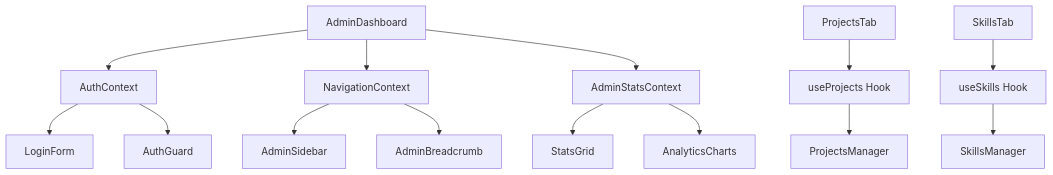
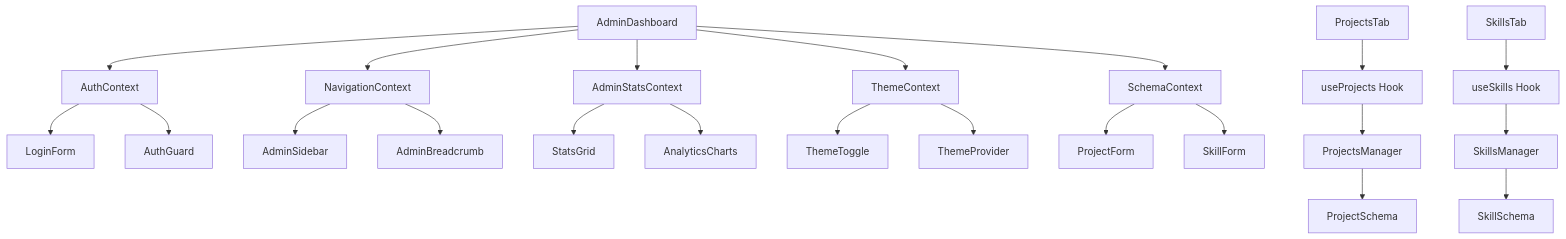
Before and after one commit to mounirtms/mounir-showcase-craft: the diagram in .kiro/specs/admin-dashboard-optimization/design.md, drawn with Mermaid. The commit also changed other lines of this file and 173 other files, not shown here.

````diff
--- a/.kiro/specs/admin-dashboard-optimization/design.md
+++ b/.kiro/specs/admin-dashboard-optimization/design.md
@@ -52,21 +70,32 @@
 ```mermaid
 graph TB
     A[AdminDashboard] --> B[AuthContext]
     A --> C[NavigationContext]
     A --> D[AdminStatsContext]
+    A --> E[ThemeContext]
+    A --> F[SchemaContext]
     
-    B --> E[LoginForm]
-    B --> F[AuthGuard]
+    B --> G[LoginForm]
+    B --> H[AuthGuard]
     
-    C --> G[AdminSidebar]
-    C --> H[AdminBreadcrumb]
+    C --> I[AdminSidebar]
+    C --> J[AdminBreadcrumb]
     
-    D --> I[StatsGrid]
-    D --> J[AnalyticsCharts]
+    D --> K[StatsGrid]
+    D --> L[AnalyticsCharts]
     
-    K[ProjectsTab] --> L[useProjects Hook]
-    M[SkillsTab] --> N[useSkills Hook]
+    E --> M[ThemeToggle]
+    E --> N[ThemeProvider]
     
-    L --> O[ProjectsManager]
-    N --> P[SkillsManager]
+    F --> O[ProjectForm]
+    F --> P[SkillForm]
+    
+    Q[ProjectsTab] --> R[useProjects Hook]
+    S[SkillsTab] --> T[useSkills Hook]
+    
+    R --> U[ProjectsManager]
+    T --> V[SkillsManager]
+    
+    U --> W[ProjectSchema]
+    V --> X[SkillSchema]
 ```
````
